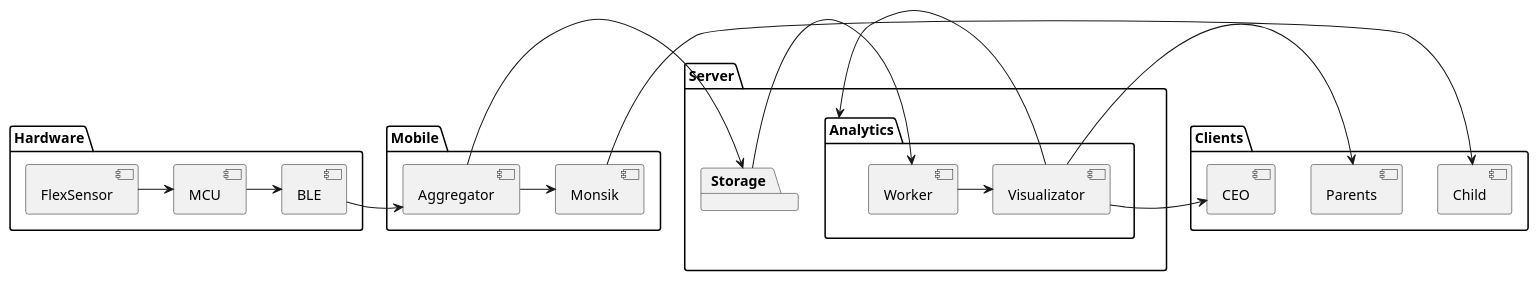
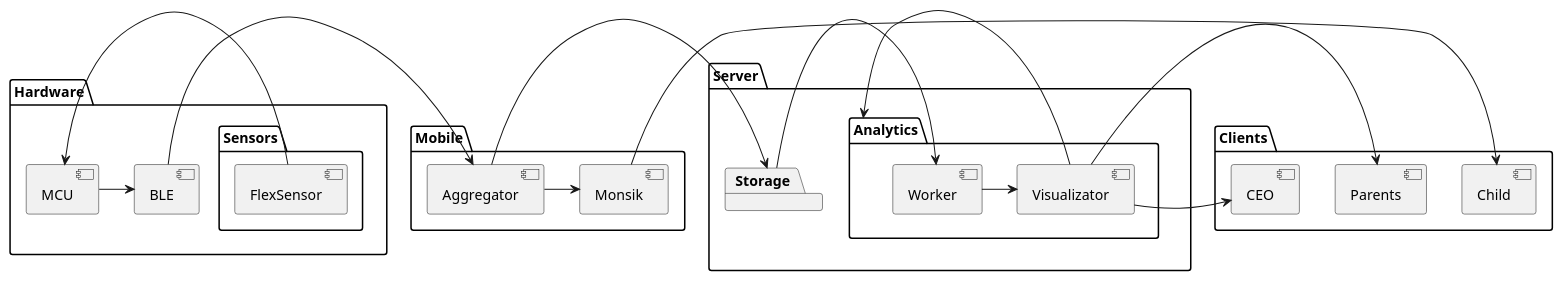
One commit to motorica-org/telemetry-docs changed the diagram in architecture.puml. Above: the diagram before and after it, drawn with PlantUML.

Commit message:
feat(Architecture): Move sensors to Hardware.Sensors package

```diff
--- a/architecture.puml
+++ b/architecture.puml
@@ -1,32 +1,38 @@
 @startuml
 skinparam componentStyle uml2
 
 package Hardware {
-    [FlexSensor] -> [MCU]
+    component MCU
+    component BLE
+
+    package Sensors {
+        [FlexSensor] -> [MCU]
+    }
+
     [MCU] -> [BLE]
 }
 
 package Mobile {
     [BLE] -> [Aggregator]
     [Aggregator] -> [Monsik]
 }
 
 package Server {
     package Storage {
         [Aggregator] -> [Storage]
     }
     package Analytics {
         [Storage] -> [Worker]
         [Worker] -> [Visualizator]
     }
 }
 
 package Clients {
     [Monsik] -> [Child]
     
     [Visualizator] -> [Parents]
     [Visualizator] -> [Analytics]
     [Visualizator] -> [CEO]
 }
 
 @enduml
```
